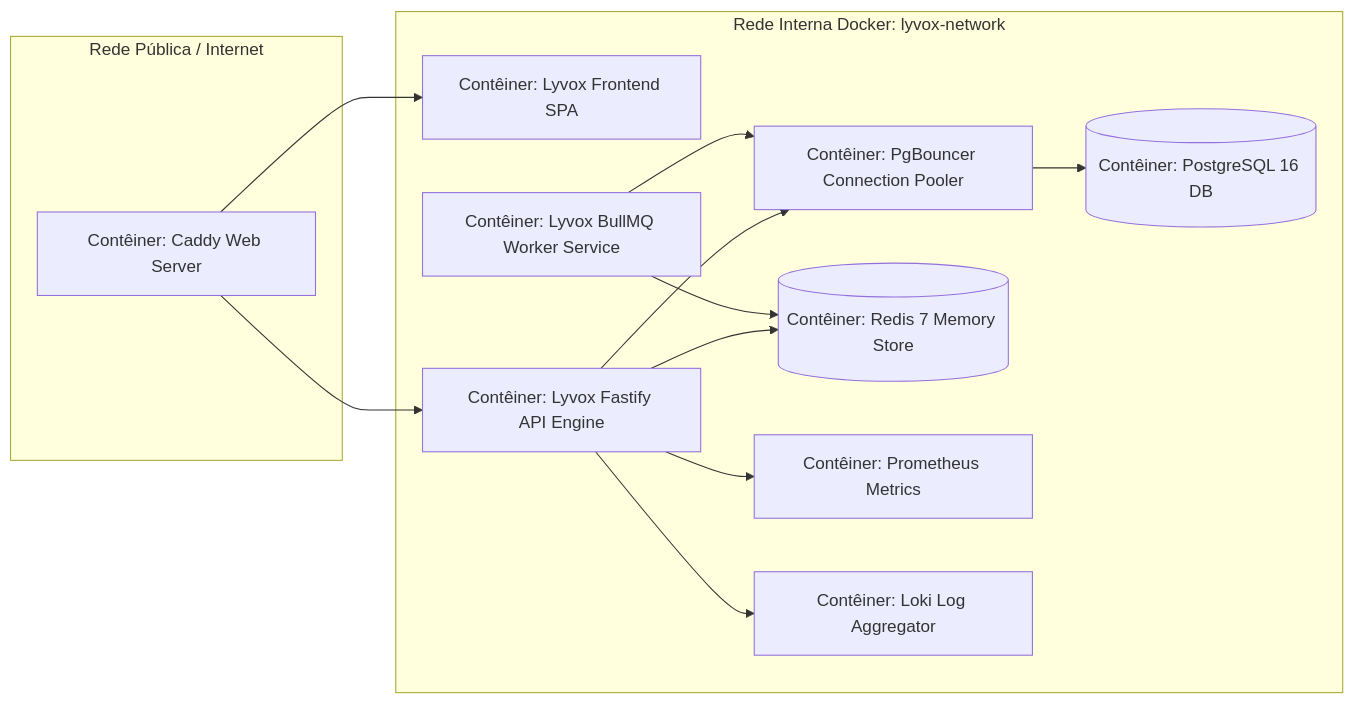
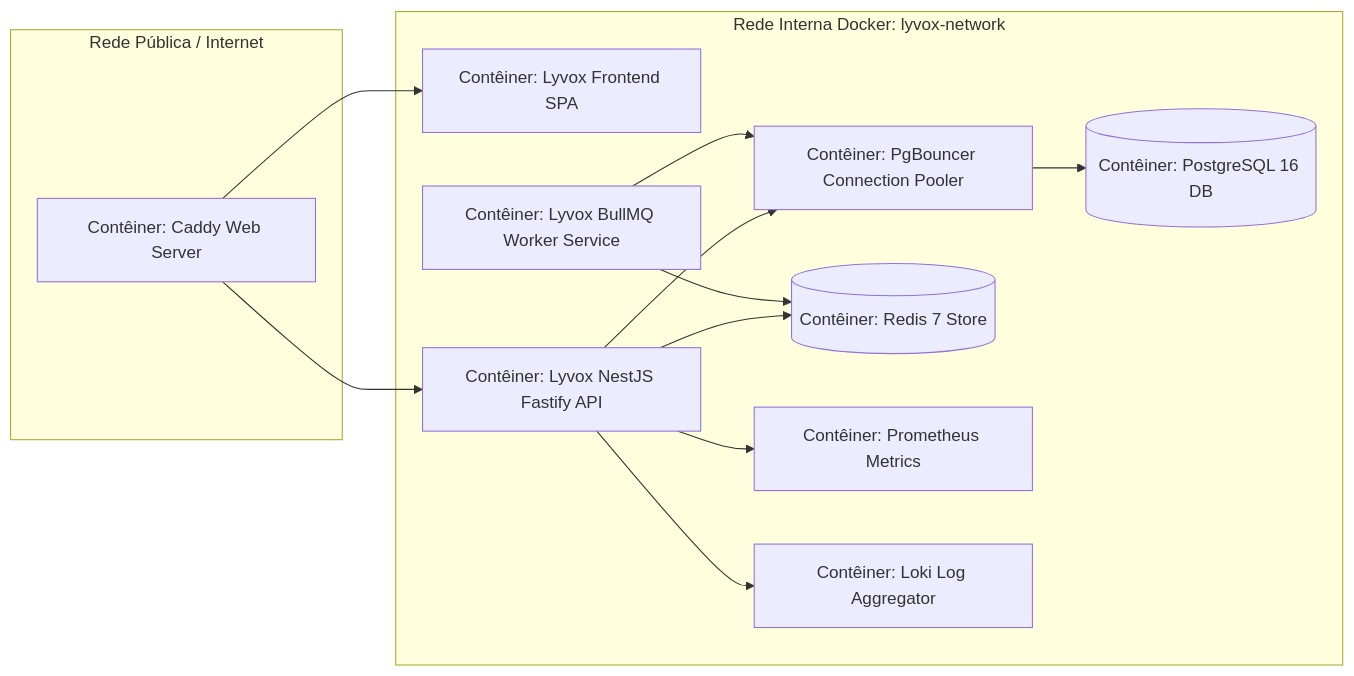
One commit to lyvoxconsult/lyvoxcorp changed the second of 2 diagrams in docs/planejamento/05-ARQUITETURA-GERAL-E-DECISOES-DE-STACK.md. Above: the diagram before and after it, drawn with Mermaid. The commit also changed other lines of this file and 28 other files, not shown here.

````diff
--- a/docs/planejamento/05-ARQUITETURA-GERAL-E-DECISOES-DE-STACK.md
+++ b/docs/planejamento/05-ARQUITETURA-GERAL-E-DECISOES-DE-STACK.md
@@ -64,27 +63,27 @@
 ```mermaid
 graph LR
     subgraph Net_Public[Rede Pública / Internet]
         Caddy[Contêiner: Caddy Web Server]
     end
 
     subgraph Net_Internal[Rede Interna Docker: lyvox-network]
         App[Contêiner: Lyvox Frontend SPA]
-        Backend[Contêiner: Lyvox Fastify API Engine]
+        Backend[Contêiner: Lyvox NestJS Fastify API]
         Worker[Contêiner: Lyvox BullMQ Worker Service]
         PgBouncer[Contêiner: PgBouncer Connection Pooler]
         Postgres[(Contêiner: PostgreSQL 16 DB)]
-        Redis[(Contêiner: Redis 7 Memory Store)]
+        Redis[(Contêiner: Redis 7 Store)]
         Prometheus[Contêiner: Prometheus Metrics]
         Loki[Contêiner: Loki Log Aggregator]
     end
 
     Caddy --> App
     Caddy --> Backend
     Backend --> PgBouncer
     PgBouncer --> Postgres
     Backend --> Redis
     Worker --> Redis
     Worker --> PgBouncer
     Backend --> Prometheus
     Backend --> Loki
 ```
````
